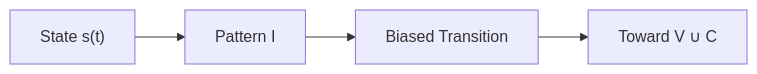
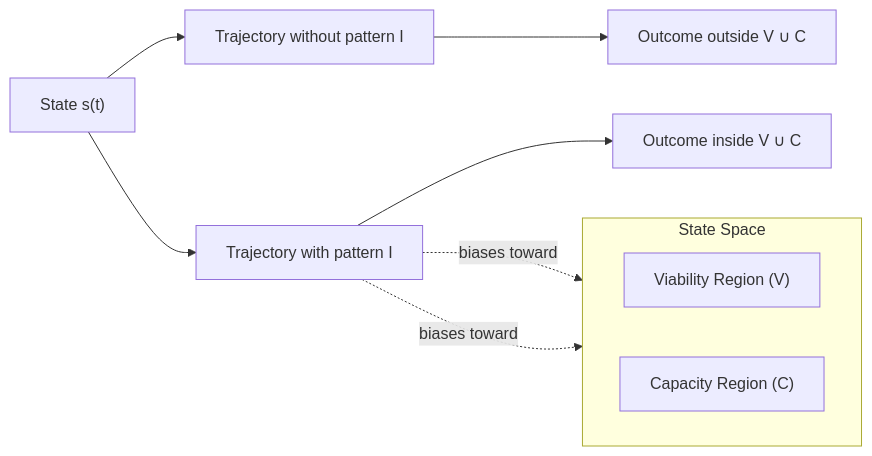
The third of 6 diagrams in docs/dynamic-information.md (CuriousOne23/WhenMathPrays), drawn with Mermaid before and after one commit.

Commit message:
Include Mermaid diagram for state space visualization
Added a Mermaid diagram to illustrate state space concepts.

````diff
--- a/docs/dynamic-information.md
+++ b/docs/dynamic-information.md
@@ -472,9 +472,18 @@
 ```mermaid
 flowchart LR
+    subgraph S["State Space"]
+        direction LR
+        V["Viability Region (V)"]
+        C["Capacity Region (C)"]
+    end
+
     A["State s(t)"]
-    B["Pattern I"]
-    C["Biased Transition"]
-    D["Toward V ∪ C"]
+    T0["Trajectory without pattern I"]
+    T1["Trajectory with pattern I"]
 
-    A --> B --> C --> D
+    A --> T0 --> X["Outcome outside V ∪ C"]
+    A --> T1 --> Y["Outcome inside V ∪ C"]
+
+    T1 -. biases toward .-> V
+    T1 -. biases toward .-> C
 ```
````
